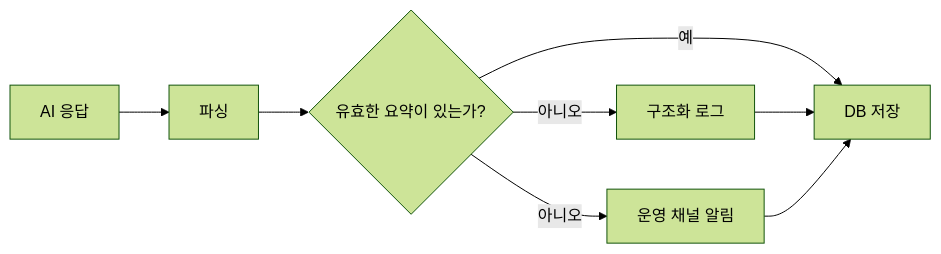
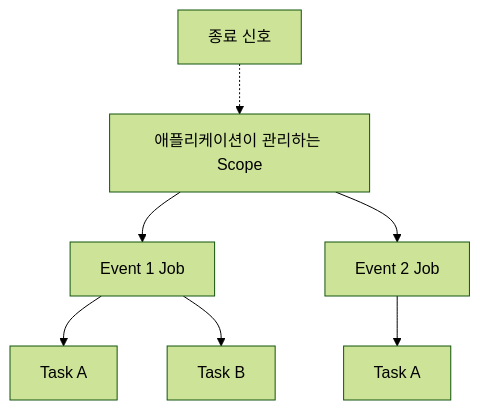
One commit to jiwon11/jiwon11.github.io changed the seventh of 10 diagrams in _posts/2026-06-29-ai-conversation-post-processing-pipeline.md. Above: the diagram before and after it, drawn with Mermaid (forest theme). The commit also changed other lines of this file and 4 other files, not shown here.

```diff
--- a/_posts/2026-06-29-ai-conversation-post-processing-pipeline.md
+++ b/_posts/2026-06-29-ai-conversation-post-processing-pipeline.md
@@ -476,10 +243,11 @@
 ~~~mermaid
-flowchart LR
-    AI["AI 응답"] --> P["파싱"]
-    P --> B{유효한 요약이 있는가?}
-    B -->|예| S["DB 저장"]
-    B -->|아니오| L["구조화 로그"]
-    B -->|아니오| N["운영 채널 알림"]
-    L --> S
-    N --> S
+flowchart TB
+    S["애플리케이션이 관리하는 Scope"]
+    S --> J1["Event 1 Job"]
+    S --> J2["Event 2 Job"]
+    J1 --> A1["Task A"]
+    J1 --> B1["Task B"]
+    J2 --> A2["Task A"]
+
+    STOP["종료 신호"] -.-> S
 ~~~
```
